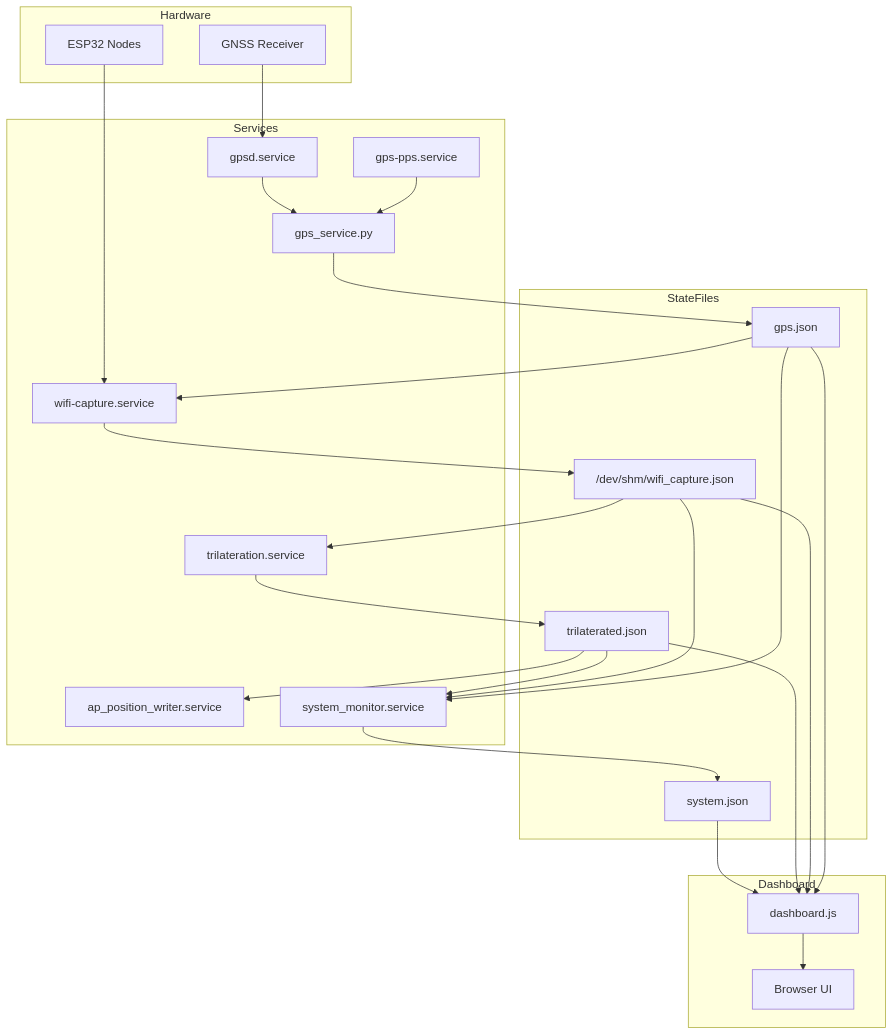
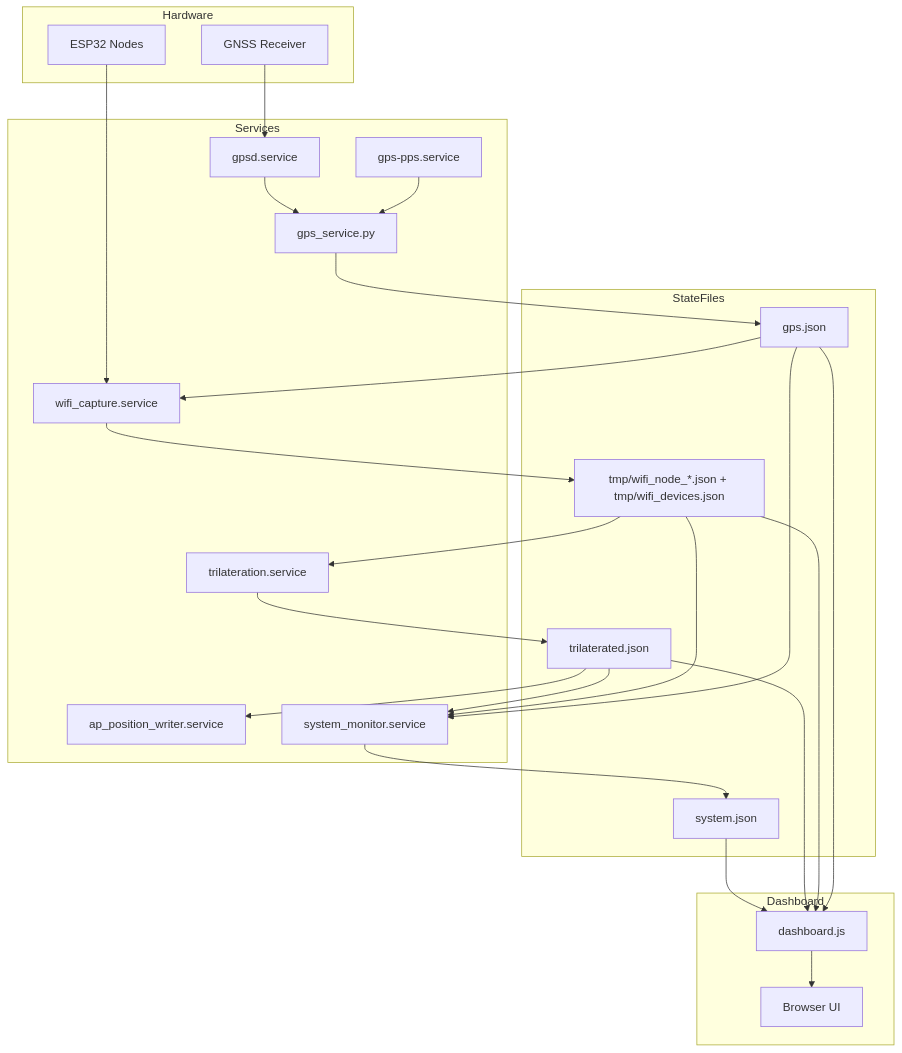
The first of 2 diagrams in dashboard.md (sbejarano/WiFi_Promiscuous), drawn with Mermaid before and after one commit. The commit also changed other lines of this file and 1 other file, not shown here.

Commit message:
docs: align dashboard data contract with deployed JSON outputs

````diff
--- a/dashboard.md
+++ b/dashboard.md
@@ -11,55 +11,55 @@
 ```mermaid
 flowchart TD
 
     subgraph Hardware
         GNSS["GNSS Receiver"]
         ESP["ESP32 Nodes"]
     end
 
     subgraph Services
         GPSD["gpsd.service"]
         PPS["gps-pps.service"]
         GPSSVC["gps_service.py"]
-        CAP["wifi-capture.service"]
+        CAP["wifi_capture.service"]
         TRI["trilateration.service"]
         DBW["ap_position_writer.service"]
         MON["system_monitor.service"]
     end
 
     subgraph StateFiles
         GPSJ["gps.json"]
-        CAPJ["/dev/shm/wifi_capture.json"]
+        CAPJ["tmp/wifi_node_*.json + tmp/wifi_devices.json"]
         TRIJ["trilaterated.json"]
         SYSJ["system.json"]
     end
 
     subgraph Dashboard
         JS["dashboard.js"]
         UI["Browser UI"]
     end
 
     GNSS --> GPSD
     PPS --> GPSSVC
     GPSD --> GPSSVC
     GPSSVC --> GPSJ
 
     ESP --> CAP
     GPSJ --> CAP
     CAP --> CAPJ
 
     CAPJ --> TRI
     TRI --> TRIJ
 
     TRIJ --> DBW
 
     GPSJ --> MON
     CAPJ --> MON
     TRIJ --> MON
     MON --> SYSJ
 
     GPSJ --> JS
     CAPJ --> JS
     TRIJ --> JS
     SYSJ --> JS
     JS --> UI
 ```
````
